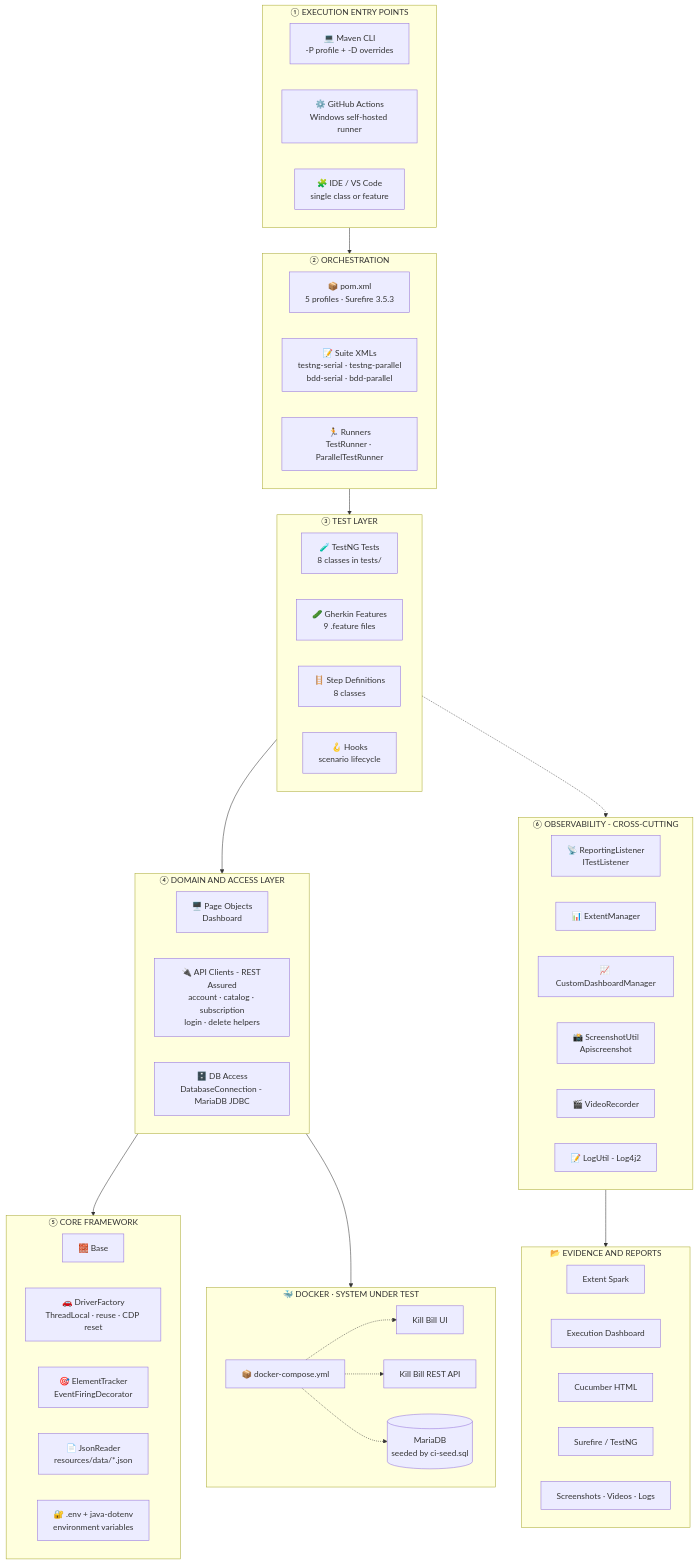
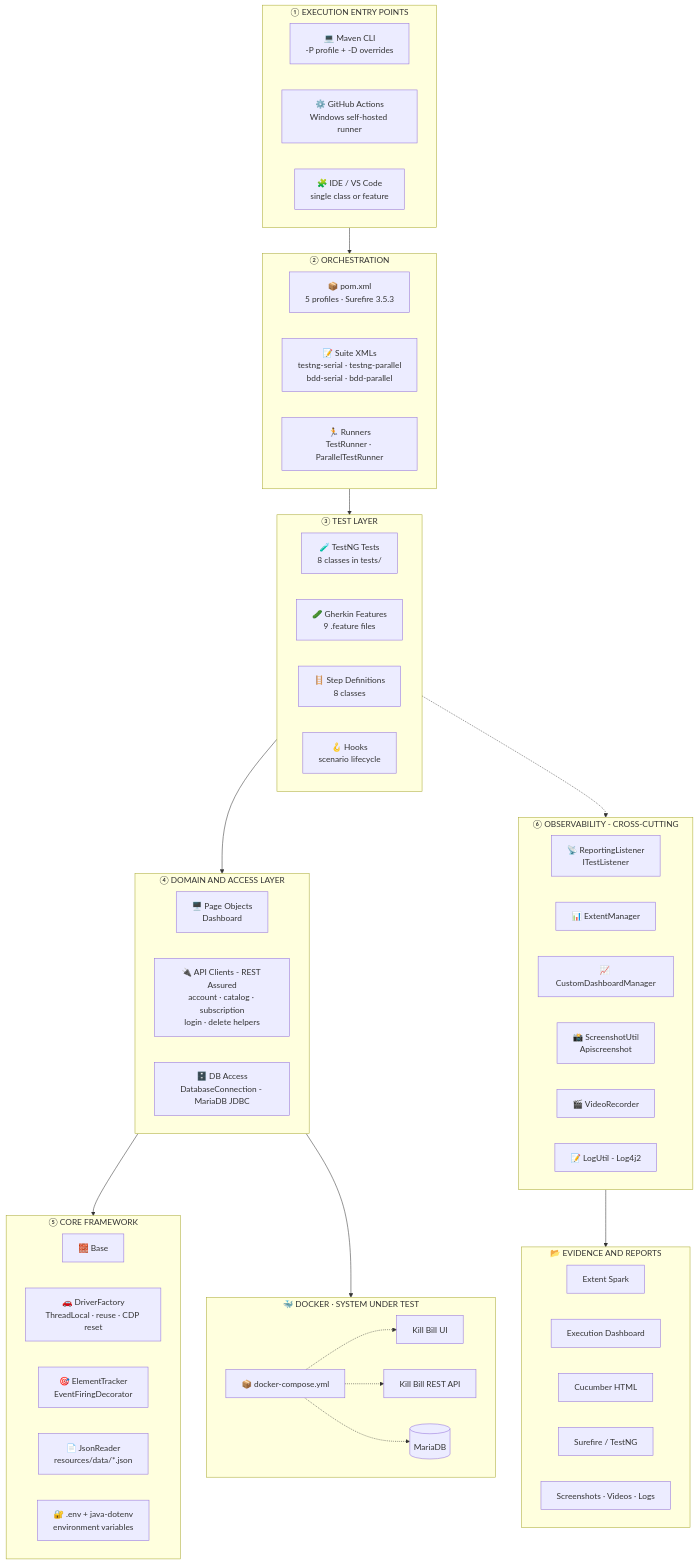
Before and after one commit to raxit00701/Selenium_FinTech_Java_Testng_BDD_Hybrid_Framework: the first of 6 diagrams in README.md, drawn with Mermaid. The commit also changed other lines of this file, not shown here.

````diff
--- a/README.md
+++ b/README.md
@@ -88,75 +88,75 @@
 ```mermaid
 flowchart TB
     subgraph L0["① EXECUTION ENTRY POINTS"]
         direction LR
         CLI["💻 Maven CLI<br/>-P profile + -D overrides"]
         GHA["⚙️ GitHub Actions<br/>Windows self-hosted runner"]
         IDE["🧩 IDE / VS Code<br/>single class or feature"]
     end
 
     subgraph L1["② ORCHESTRATION"]
         direction LR
         POM["📦 pom.xml<br/>5 profiles · Surefire 3.5.3"]
         XML["📝 Suite XMLs<br/>testng-serial · testng-parallel<br/>bdd-serial · bdd-parallel"]
         RUN["🏃 Runners<br/>TestRunner · ParallelTestRunner"]
     end
 
     subgraph L2["③ TEST LAYER"]
         direction LR
         TNG["🧪 TestNG Tests<br/>8 classes in tests/"]
         FEAT["🥒 Gherkin Features<br/>9 .feature files"]
         STEP["🪜 Step Definitions<br/>8 classes"]
         HOOK["🪝 Hooks<br/>scenario lifecycle"]
     end
 
     subgraph L3["④ DOMAIN AND ACCESS LAYER"]
         direction LR
         PAGE["🖥️ Page Objects<br/>Dashboard"]
         API["🔌 API Clients - REST Assured<br/>account · catalog · subscription<br/>login · delete helpers"]
         DB["🗄️ DB Access<br/>DatabaseConnection - MariaDB JDBC"]
     end
 
     subgraph L4["⑤ CORE FRAMEWORK"]
         direction LR
         BASE["🧱 Base"]
         DF["🚗 DriverFactory<br/>ThreadLocal · reuse · CDP reset"]
         ET["🎯 ElementTracker<br/>EventFiringDecorator"]
         JR["📄 JsonReader<br/>resources/data/*.json"]
         ENV["🔐 .env + java-dotenv<br/>environment variables"]
     end
 
     subgraph L5["⑥ OBSERVABILITY - CROSS-CUTTING"]
         direction LR
         RL["📡 ReportingListener<br/>ITestListener"]
         EM["📊 ExtentManager"]
         CD["📈 CustomDashboardManager"]
         SS["📸 ScreenshotUtil<br/>Apiscreenshot"]
         VID["🎬 VideoRecorder"]
         LOG["📝 LogUtil - Log4j2"]
     end
 
     subgraph SUT["🐳 DOCKER · SYSTEM UNDER TEST"]
         direction LR
         COMPOSE["📦 docker-compose.yml"]
         KBUI["Kill Bill UI"]
         KBAPI["Kill Bill REST API"]
-        KBDB[("MariaDB<br/>seeded by ci-seed.sql")]
+        KBDB[("MariaDB")]
         COMPOSE -.-> KBUI
         COMPOSE -.-> KBAPI
         COMPOSE -.-> KBDB
     end
 
     subgraph OUT["📂 EVIDENCE AND REPORTS"]
         direction LR
         R1["Extent Spark"]
         R2["Execution Dashboard"]
         R3["Cucumber HTML"]
         R4["Surefire / TestNG"]
         R5["Screenshots · Videos · Logs"]
     end
 
     L0 --> L1 --> L2 --> L3 --> L4
     L3 --> SUT
     L2 -.-> L5
     L5 --> OUT
 ```
````
